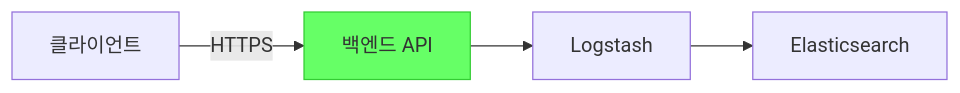
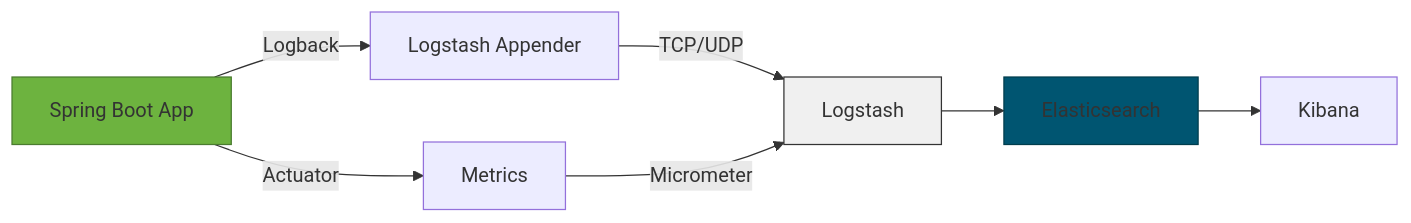
Before and after one commit to adszzz11/study: the first of 2 diagrams in study/ELK/01-Client/README.md, drawn with Mermaid. The commit also changed other lines of this file and 11 other files, not shown here.

````diff
--- a/study/ELK/01-Client/README.md
+++ b/study/ELK/01-Client/README.md
@@ -65,7 +51,14 @@
 ```mermaid
 graph LR
-    A[클라이언트] -->|HTTPS| B[백엔드 API]
-    B --> C[Logstash]
+    A[Spring Boot App] -->|Logback| B[Logstash Appender]
+    B -->|TCP/UDP| C[Logstash]
     C --> D[Elasticsearch]
-    style B fill:#6f6,stroke:#3c3
+    D --> E[Kibana]
+
+    A -->|Actuator| F[Metrics]
+    F -->|Micrometer| C
+
+    style A fill:#6db33f,stroke:#4a7c2f
+    style C fill:#f0f0f0,stroke:#333
+    style D fill:#005571,stroke:#003d4d
 ```
````
